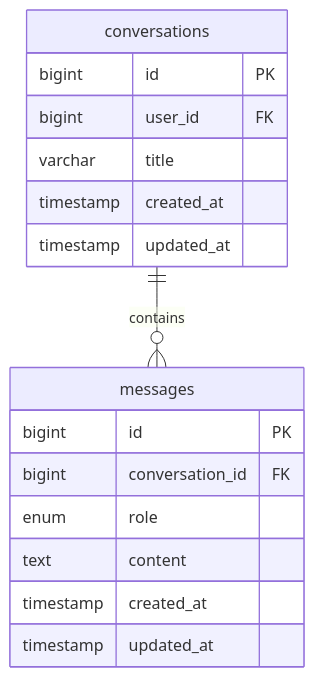
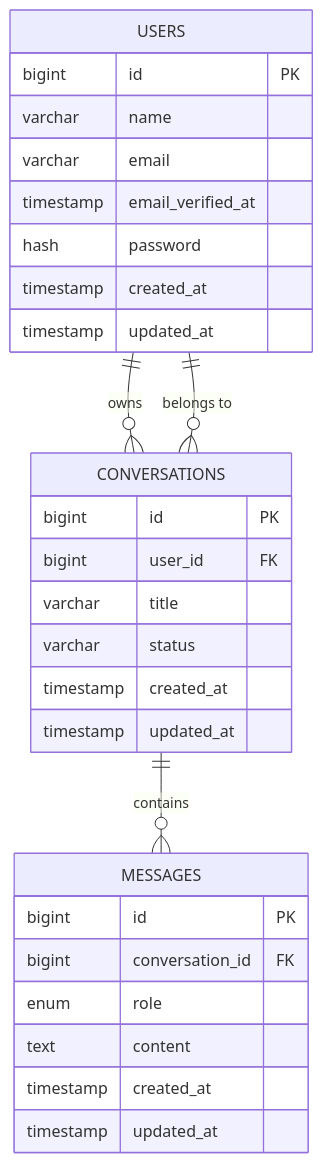
Before and after one commit to siimliimand/laravel-assistant: the seventh of 8 diagrams in .qoder/repowiki/en/content/Database and Data Management/Conversation Persistence System.md, drawn with Mermaid. The commit also changed other lines of this file and 5 other files, not shown here.

````diff
--- a/.qoder/repowiki/en/content/Database and Data Management/Conversation Persistence System.md
+++ b/.qoder/repowiki/en/content/Database and Data Management/Conversation Persistence System.md
@@ -337,19 +415,31 @@
 ```mermaid
 erDiagram
-conversations {
+USERS {
+bigint id PK
+varchar name
+varchar email
+timestamp email_verified_at
+hash password
+timestamp created_at
+timestamp updated_at
+}
+CONVERSATIONS {
 bigint id PK
 bigint user_id FK
 varchar title
+varchar status
 timestamp created_at
 timestamp updated_at
 }
-messages {
+MESSAGES {
 bigint id PK
 bigint conversation_id FK
 enum role
 text content
 timestamp created_at
 timestamp updated_at
 }
-conversations ||--o{ messages : contains
+USERS ||--o{ CONVERSATIONS : "owns"
+CONVERSATIONS ||--o{ MESSAGES : "contains"
+CONVERSATIONS }o--|| USERS : "belongs to"
 ```
````
